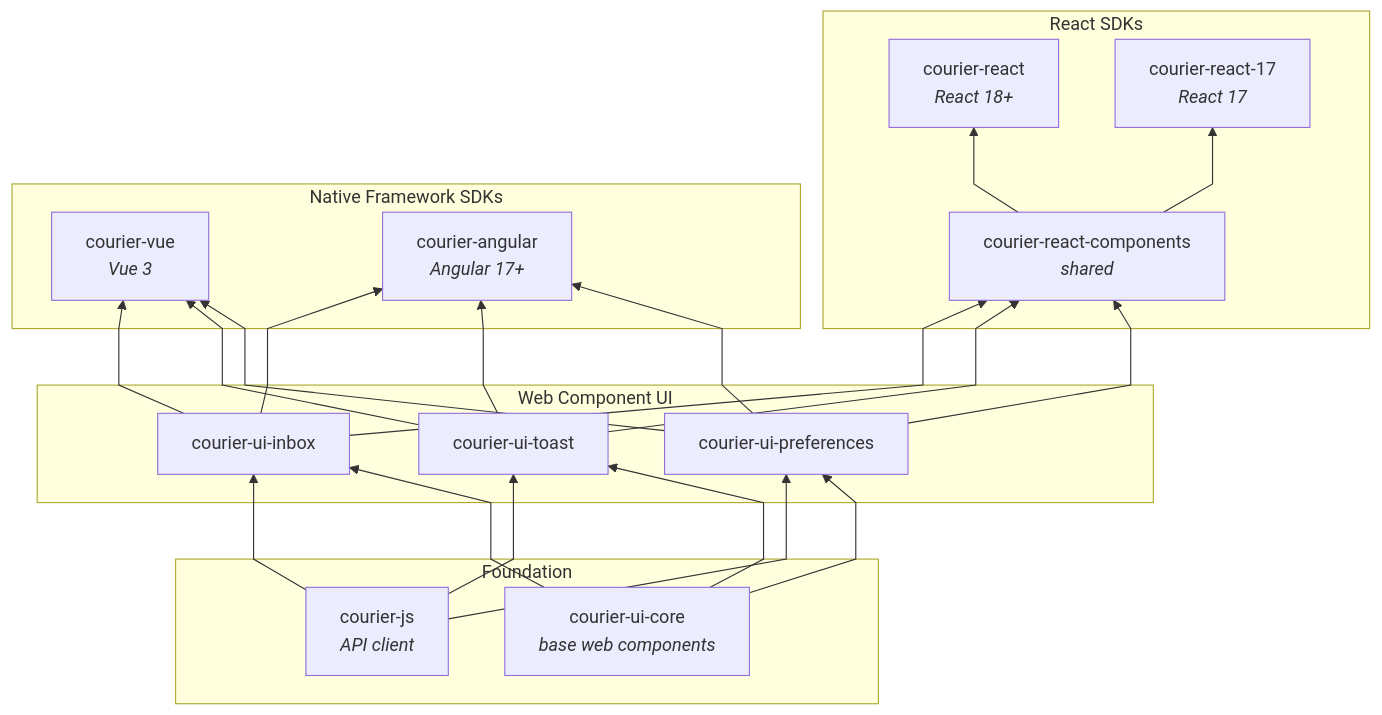
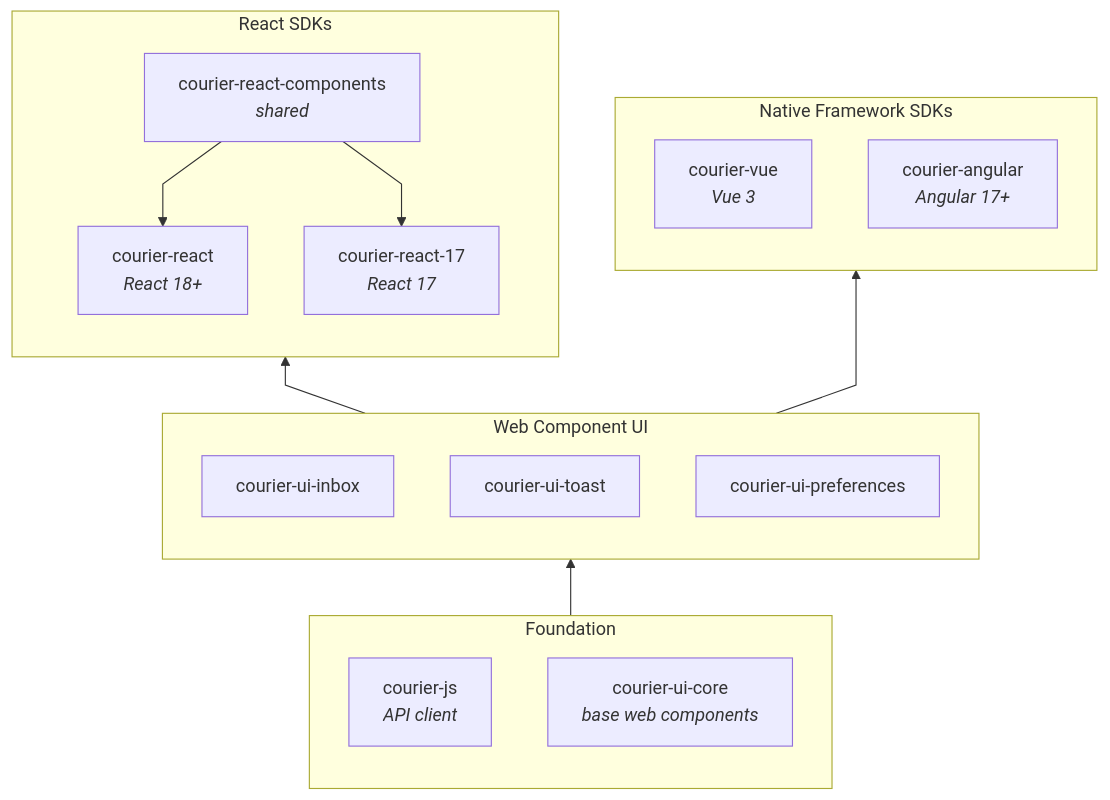
The diagram in README.md (trycourier/courier-web), drawn with Mermaid before and after one commit.

Commit message:
docs: simplify architecture diagram with group-to-group edges

````diff
--- a/README.md
+++ b/README.md
@@ -62,32 +62,30 @@
 ```mermaid
 %%{init: {'flowchart': {'curve': 'linear'}}}%%
 graph BT
     subgraph foundation["Foundation"]
         js["courier-js<br/><i>API client</i>"]
         core["courier-ui-core<br/><i>base web components</i>"]
     end
 
     subgraph webcomponents["Web Component UI"]
         inbox["courier-ui-inbox"]
         toast["courier-ui-toast"]
         prefs["courier-ui-preferences"]
     end
 
     subgraph reactsdks["React SDKs"]
         rc["courier-react-components<br/><i>shared</i>"]
         r18["courier-react<br/><i>React 18+</i>"]
         r17["courier-react-17<br/><i>React 17</i>"]
     end
 
     subgraph nativesdks["Native Framework SDKs"]
         vue["courier-vue<br/><i>Vue 3</i>"]
         ng["courier-angular<br/><i>Angular 17+</i>"]
     end
 
-    js & core --> inbox & toast & prefs
-
-    inbox & toast & prefs --> rc
+    foundation --> webcomponents
+    webcomponents --> reactsdks
+    webcomponents --> nativesdks
     rc --> r18 & r17
-
-    inbox & toast & prefs --> vue & ng
 ```
````
